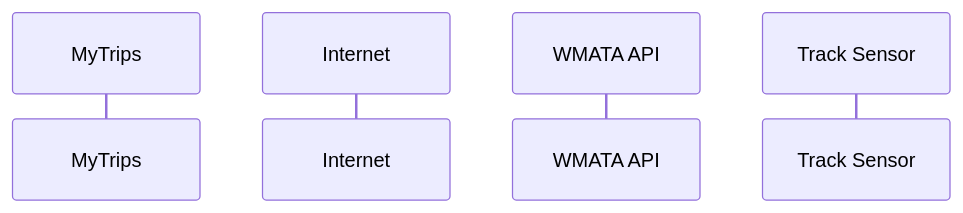
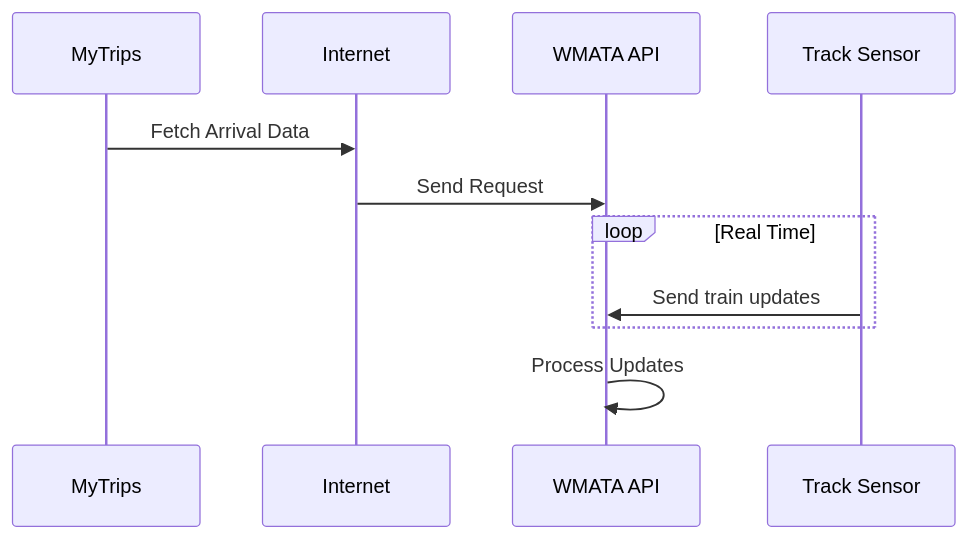
Before and after one commit to imccabed/newRepo: the diagram in techDemo-1.md, drawn with Mermaid.

Commit message:
Added Downward Flow

````diff
--- a/techDemo-1.md
+++ b/techDemo-1.md
@@ -1,9 +1,19 @@
 ```mermaid
 sequenceDiagram
 
     participant MyTrips
     participant Internet
     participant WAPI as WMATA API
     participant TS as Track Sensor
 
+    MyTrips ->> Internet: Fetch Arrival Data
+    Internet ->> WAPI: Send Request
+
+    loop Real Time 
+    TS ->> WAPI: Send train updates
+    end
+
+    WAPI ->> WAPI: Process Updates
+    
+
 ```
````
